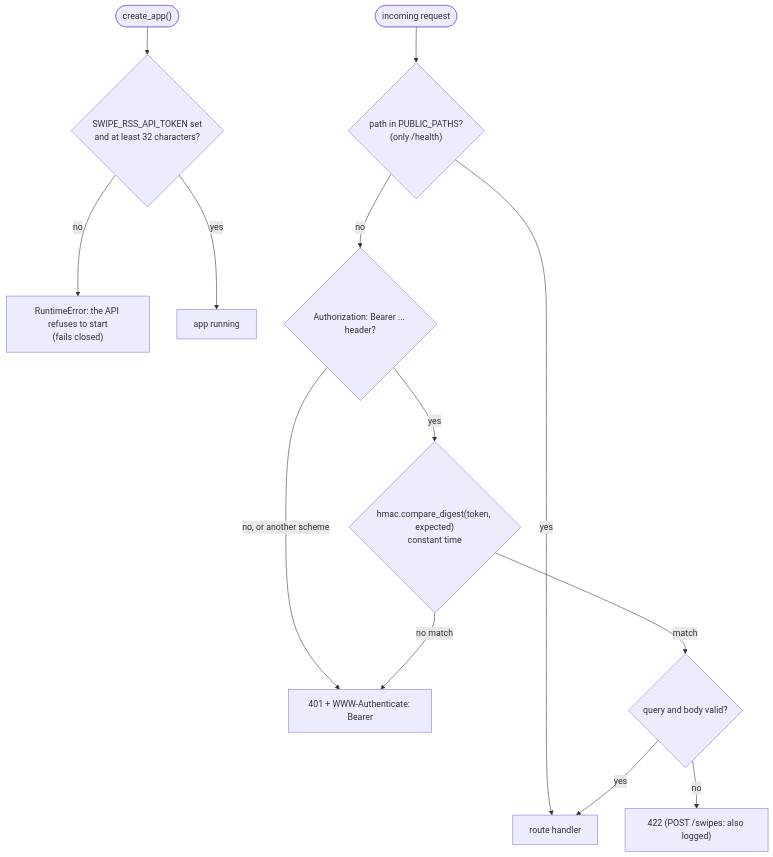
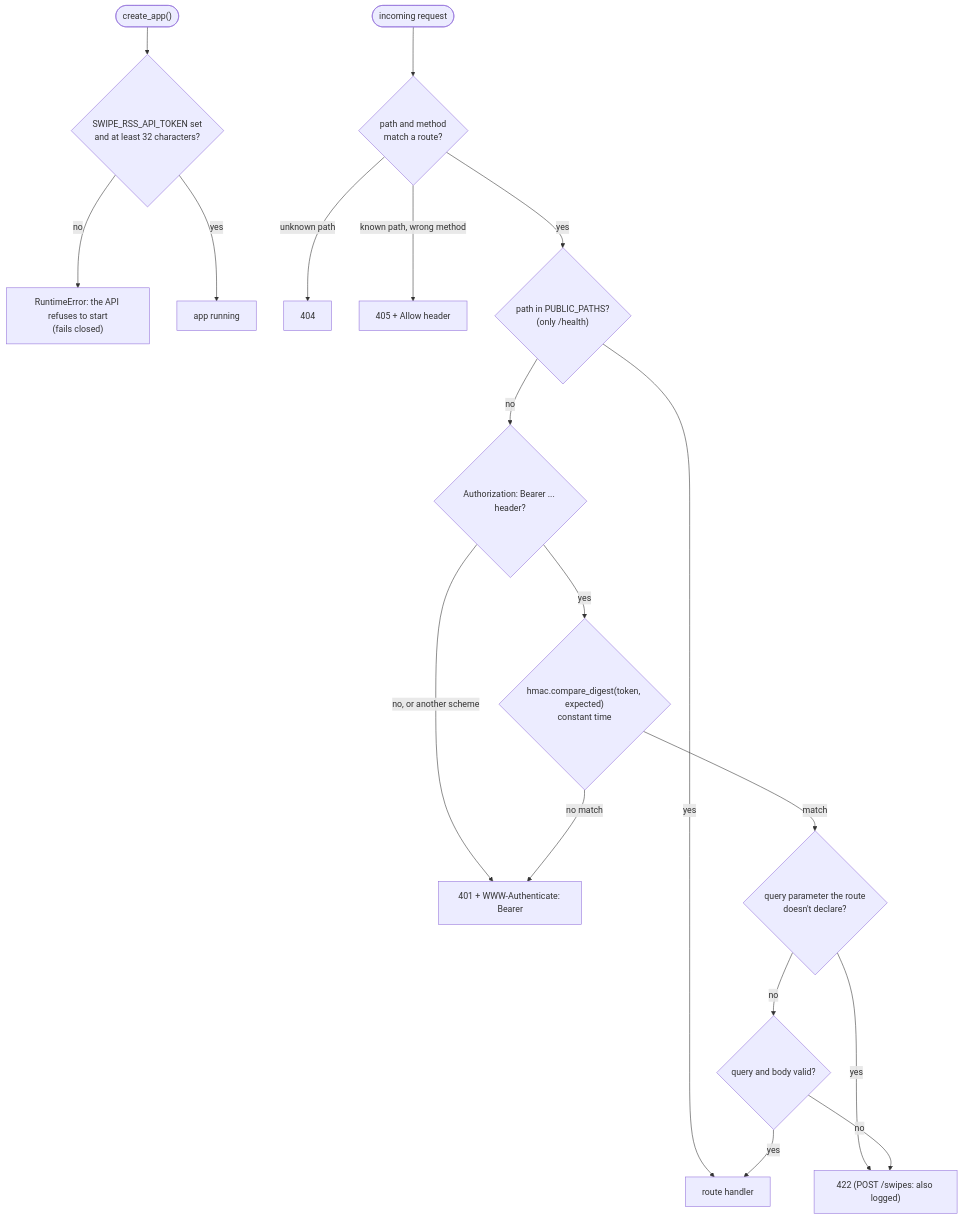
The eighth of 18 diagrams in docs/architecture.md (shanirub/swipe-rss-reader), drawn with Mermaid before and after one commit. The commit also changed other lines of this file and 13 other files, not shown here.

````diff
--- a/docs/architecture.md
+++ b/docs/architecture.md
@@ -346,16 +346,21 @@
 ```mermaid
 flowchart TD
     start(["create_app()"]) --> strong{"SWIPE_RSS_API_TOKEN set<br/>and at least 32 characters?"}
     strong -- no --> refuse["RuntimeError: the API refuses to start<br/>(fails closed)"]
     strong -- yes --> ready["app running"]
 
-    req(["incoming request"]) --> public{"path in PUBLIC_PATHS?<br/>(only /health)"}
+    req(["incoming request"]) --> route{"path and method<br/>match a route?"}
+    route -- "unknown path" --> notfound["404"]
+    route -- "known path, wrong method" --> notallowed["405 + Allow header"]
+    route -- yes --> public{"path in PUBLIC_PATHS?<br/>(only /health)"}
     public -- yes --> handler["route handler"]
     public -- no --> header{"Authorization: Bearer ... header?"}
     header -- "no, or another scheme" --> unauth["401 + WWW-Authenticate: Bearer"]
     header -- yes --> compare{"hmac.compare_digest(token, expected)<br/>constant time"}
     compare -- "no match" --> unauth
-    compare -- match --> validate{"query and body valid?"}
-    validate -- no --> invalid["422 (POST /swipes: also logged)"]
+    compare -- match --> unknownq{"query parameter the route<br/>doesn't declare?"}
+    unknownq -- yes --> invalid["422 (POST /swipes: also logged)"]
+    unknownq -- no --> validate{"query and body valid?"}
+    validate -- no --> invalid
     validate -- yes --> handler
 ```
````
